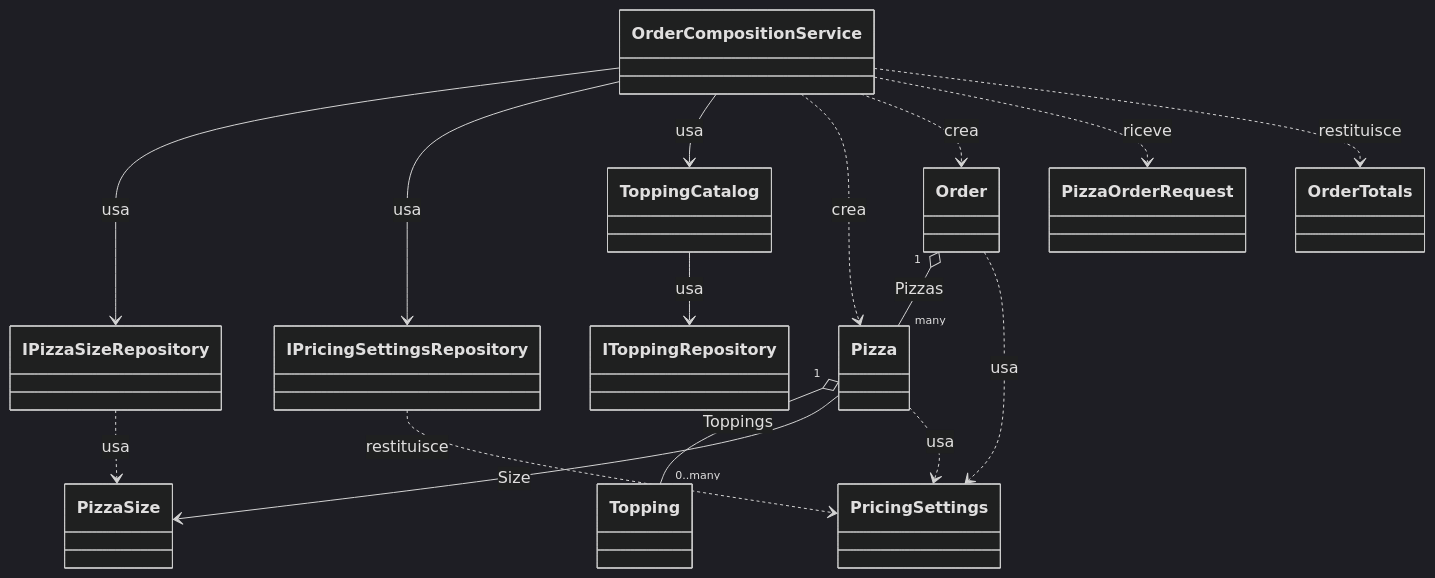
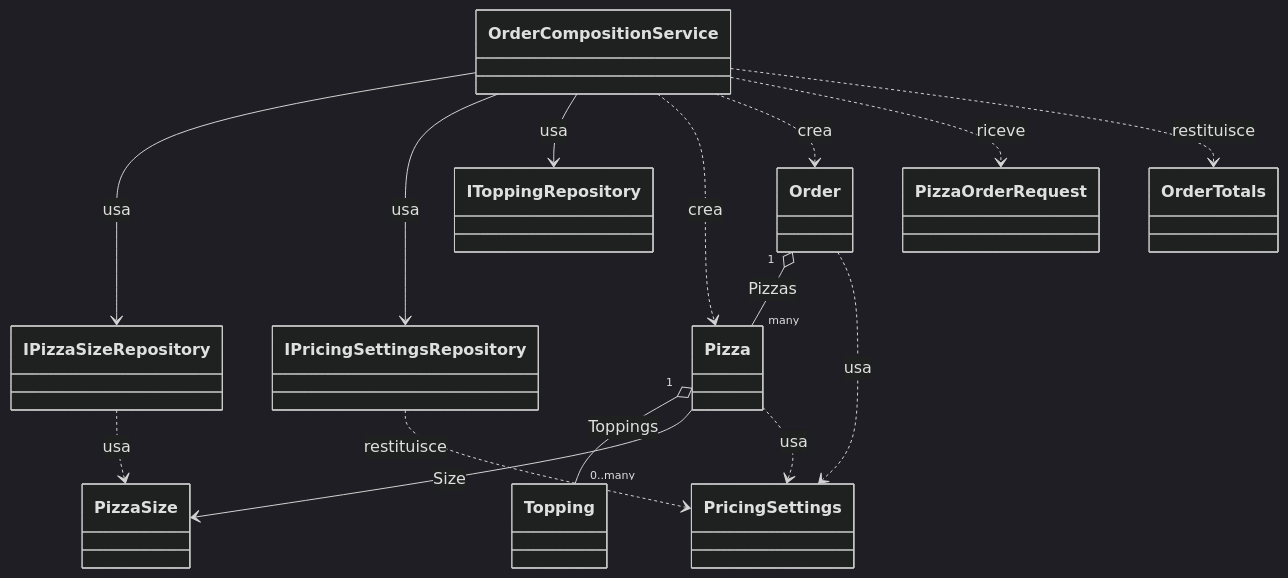
One commit to Timon-code95/PizzaShop changed diagram 12 of 13 in docs/c4-model/04a-class-diagram-spiegazione.md. Above: the diagram before and after it, drawn with Mermaid (dark theme). The commit also changed other lines of this file and 11 other files, not shown here.

````diff
--- a/docs/c4-model/04a-class-diagram-spiegazione.md
+++ b/docs/c4-model/04a-class-diagram-spiegazione.md
@@ -440,18 +447,17 @@
 ```mermaid
 classDiagram
 	Order "1" o-- "many" Pizza : Pizzas
 	Pizza "1" o-- "0..many" Topping : Toppings
 	Pizza --> PizzaSize : Size
 	Pizza ..> PricingSettings : usa
 	Order ..> PricingSettings : usa
-	ToppingCatalog --> IToppingRepository : usa
 	IPricingSettingsRepository ..> PricingSettings : restituisce
 	IPizzaSizeRepository ..> PizzaSize : usa
 	OrderCompositionService --> IPizzaSizeRepository : usa
 	OrderCompositionService --> IPricingSettingsRepository : usa
-	OrderCompositionService --> ToppingCatalog : usa
+	OrderCompositionService --> IToppingRepository : usa
 	OrderCompositionService ..> Pizza : crea
 	OrderCompositionService ..> Order : crea
 	OrderCompositionService ..> PizzaOrderRequest : riceve
 	OrderCompositionService ..> OrderTotals : restituisce
 ```
````
